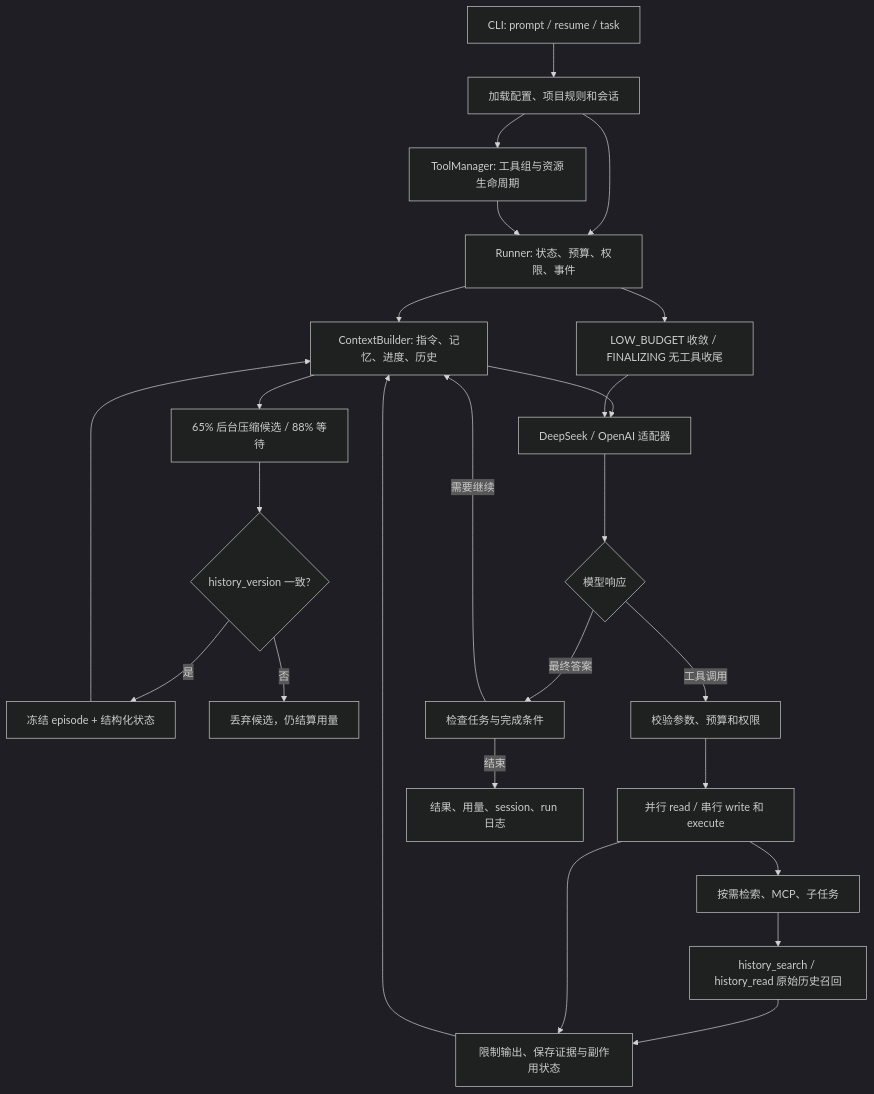
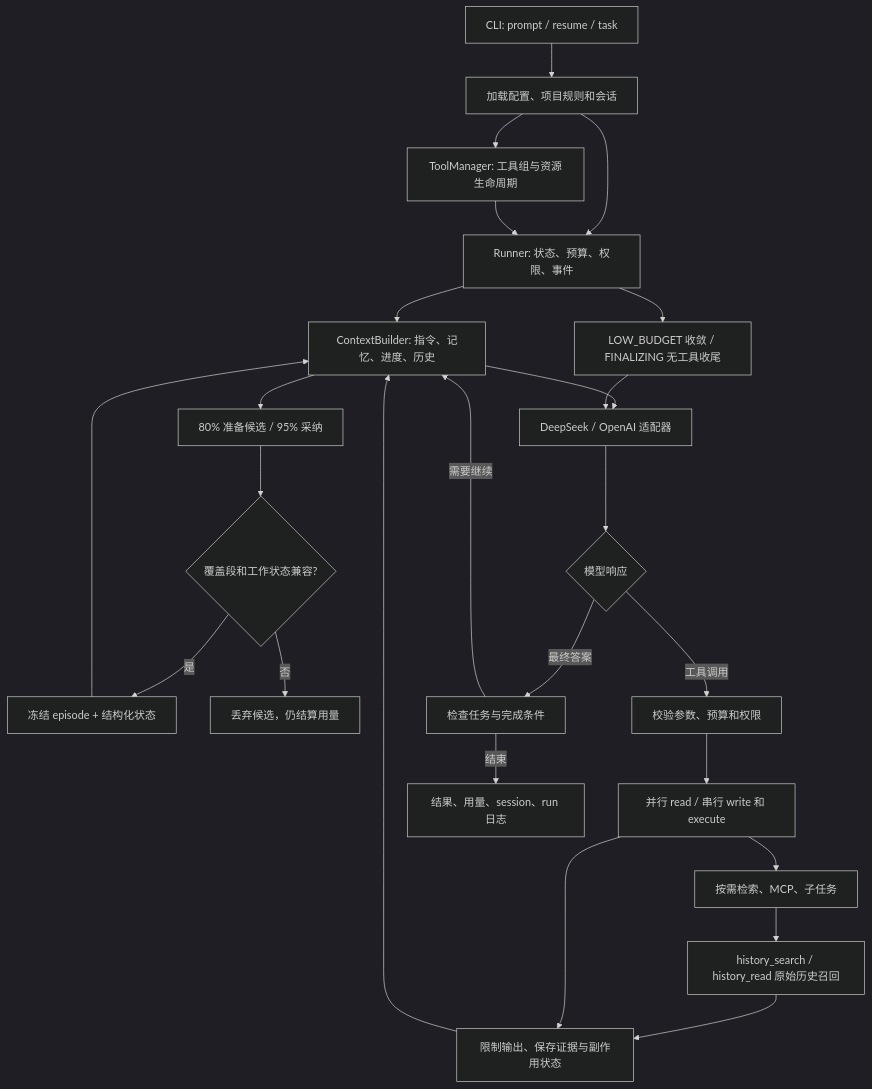
One commit to Huangsj1/ajAgent changed the diagram in docs/architecture.md. Above: the diagram before and after it, drawn with Mermaid (dark theme). The commit also changed other lines of this file and 15 other files, not shown here.

````diff
--- a/docs/architecture.md
+++ b/docs/architecture.md
@@ -3,27 +3,27 @@
 ```mermaid
 flowchart TD
     U[CLI: prompt / resume / task] --> C[加载配置、项目规则和会话]
     C --> T[ToolManager: 工具组与资源生命周期]
     C --> R[Runner: 状态、预算、权限、事件]
     T --> R
     R --> B[ContextBuilder: 指令、记忆、进度、历史]
     B --> M[DeepSeek / OpenAI 适配器]
-    B --> SC[65% 后台压缩候选 / 88% 等待]
-    SC --> VC{history_version 一致?}
+    B --> SC[80% 准备候选 / 95% 采纳]
+    SC --> VC{覆盖段和工作状态兼容?}
     VC -->|是| EP[冻结 episode + 结构化状态]
     VC -->|否| DROP[丢弃候选，仍结算用量]
     EP --> B
     S --> HR[history_search / history_read 原始历史召回]
     HR --> O
     M --> D{模型响应}
     D -->|工具调用| P[校验参数、预算和权限]
     P --> X[并行 read / 串行 write 和 execute]
     X --> O[限制输出、保存证据与副作用状态]
     O --> B
     X --> S[按需检索、MCP、子任务]
     D -->|最终答案| V[检查任务与完成条件]
     V -->|需要继续| B
     V -->|结束| F[结果、用量、session、run 日志]
     R --> Q[LOW_BUDGET 收敛 / FINALIZING 无工具收尾]
     Q --> M
 ```
````
